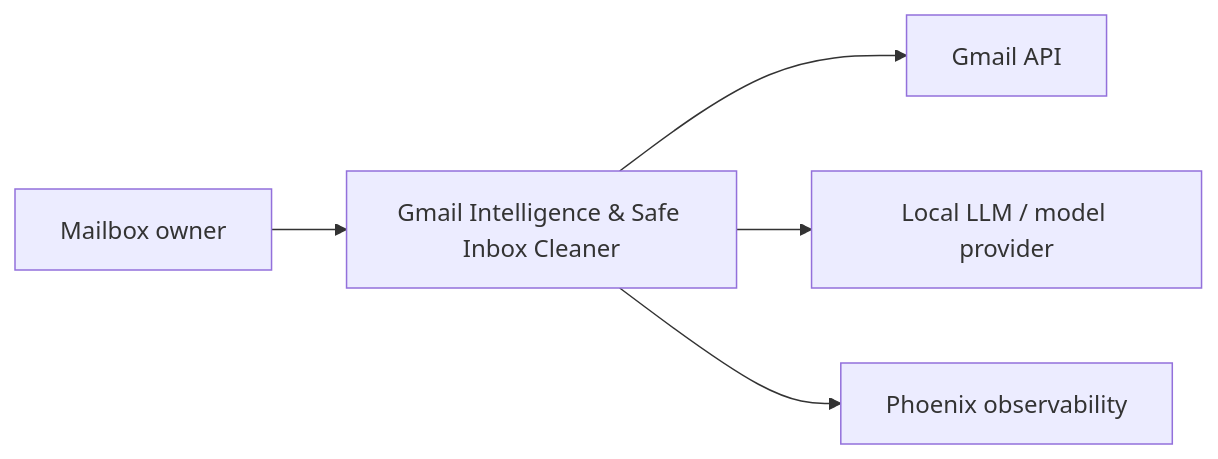
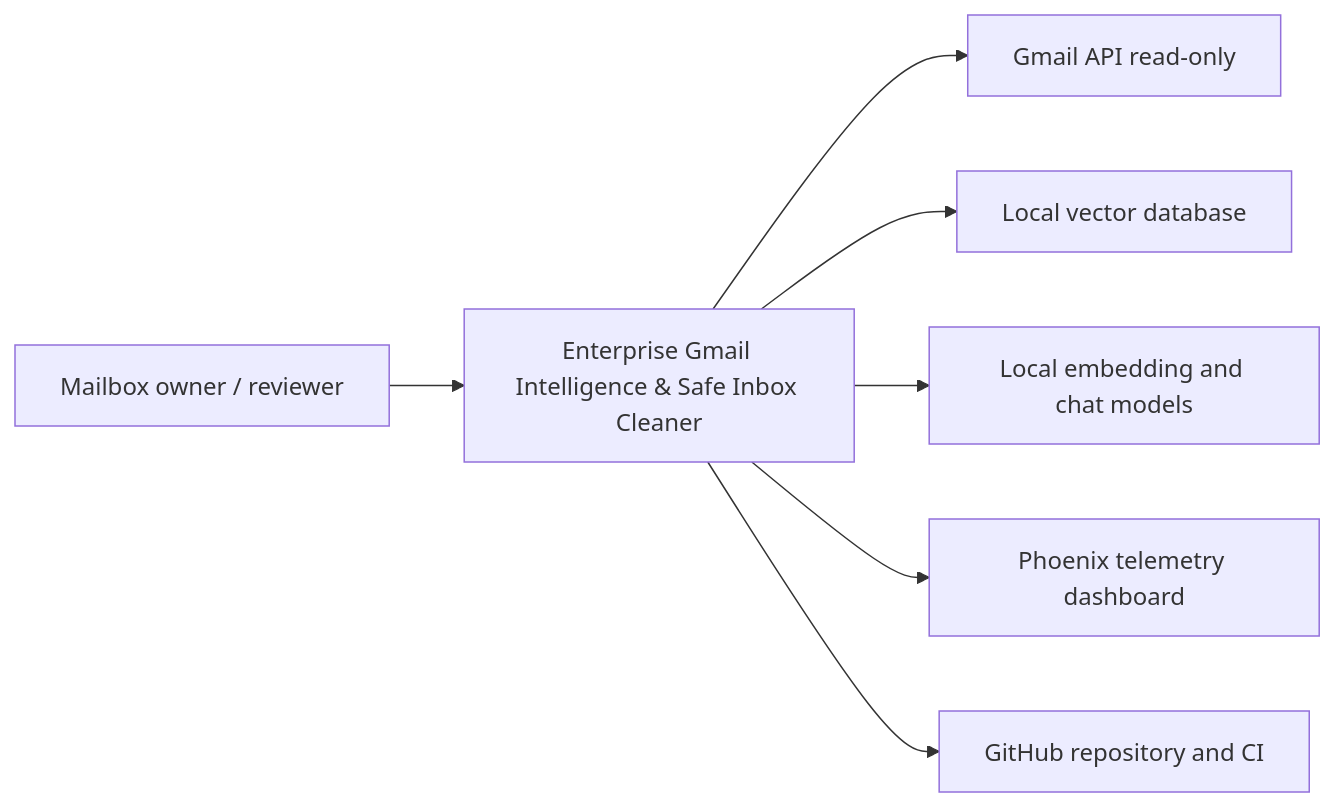
The diagram in diagrams/context.mmd (KarthikBalaje/enterprise-gmail-intelligence-capstone), drawn with Mermaid before and after one commit. The commit also changed 26 other files, not shown here.

```diff
--- a/diagrams/context.mmd
+++ b/diagrams/context.mmd
@@ -1,5 +1,7 @@
 flowchart LR
-    User["Mailbox owner"] --> App["Gmail Intelligence & Safe Inbox Cleaner"]
-    App --> Gmail["Gmail API"]
-    App --> LLM["Local LLM / model provider"]
-    App --> Telemetry["Phoenix observability"]
+    User["Mailbox owner / reviewer"] --> System["Enterprise Gmail Intelligence & Safe Inbox Cleaner"]
+    System --> Gmail["Gmail API read-only"]
+    System --> Weaviate["Local vector database"]
+    System --> Ollama["Local embedding and chat models"]
+    System --> Phoenix["Phoenix telemetry dashboard"]
+    System --> GitHub["GitHub repository and CI"]
```
